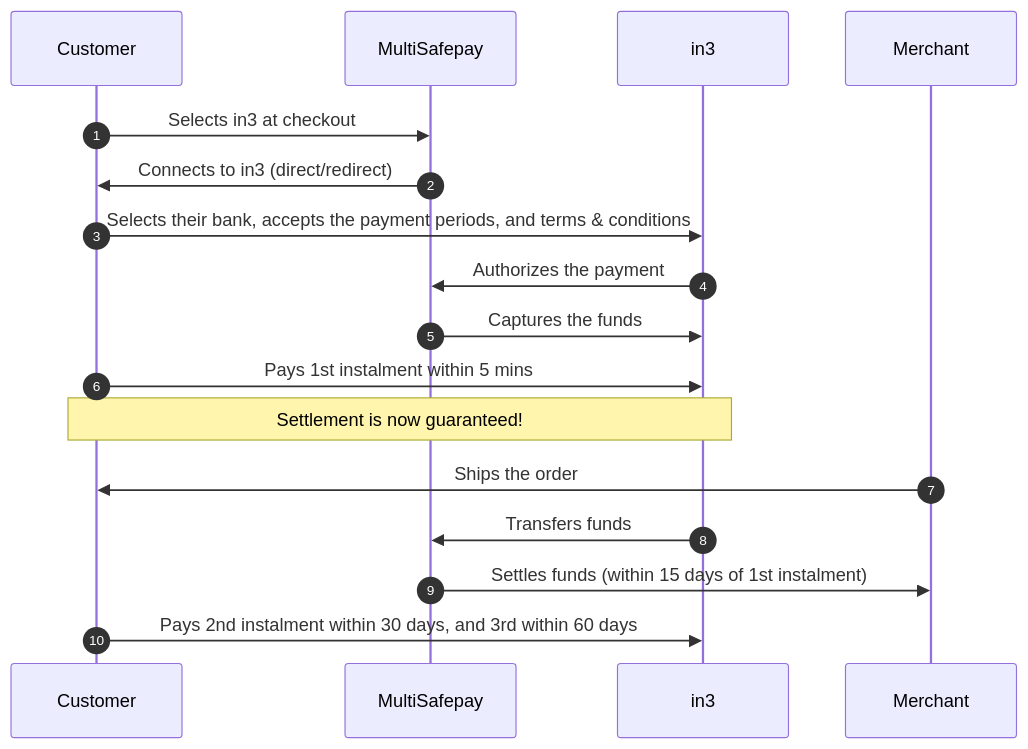
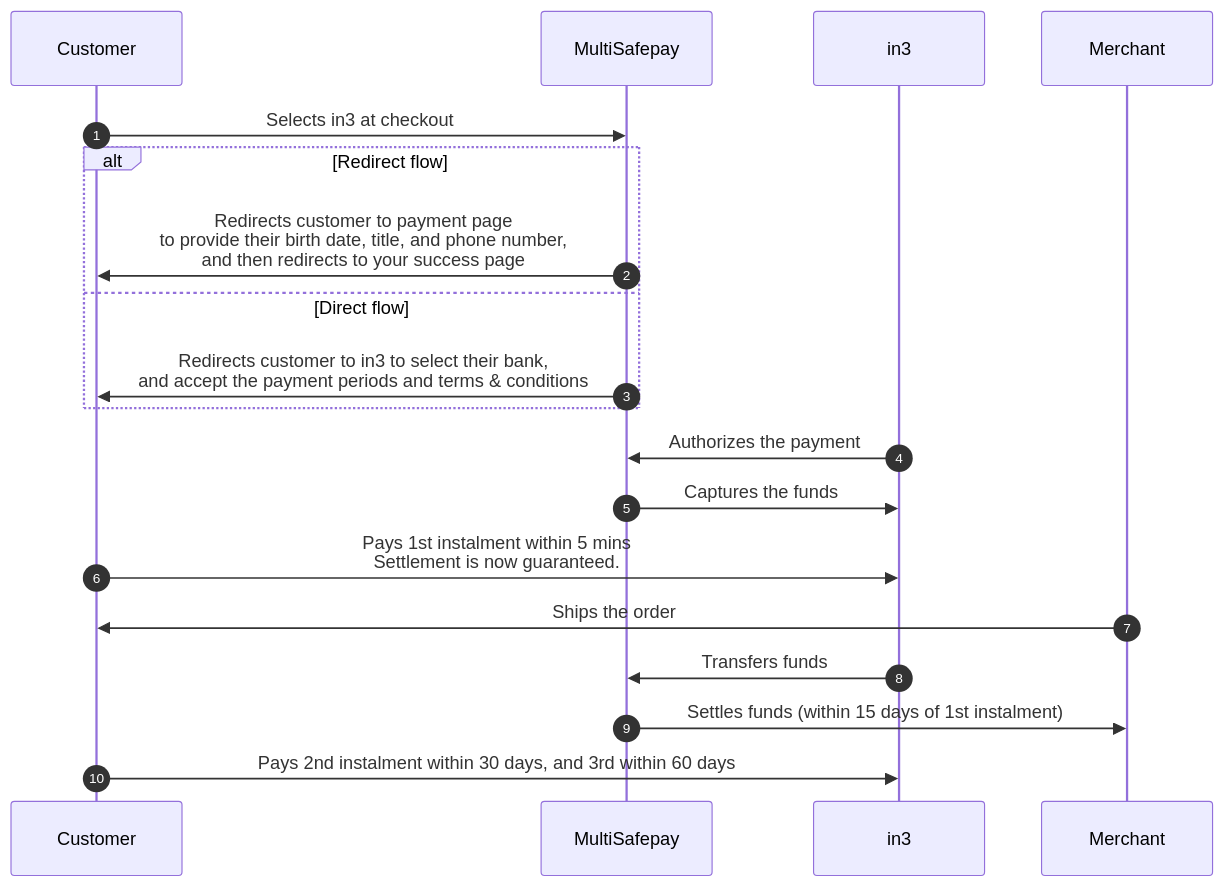
One commit to MultiSafepay/docs changed the diagram in content/payments/methods/pay-later/in3/payment-flow.md. Above: the diagram before and after it, drawn with Mermaid. The commit also changed other lines of this file and 34 other files, not shown here.

```diff
--- a/content/payments/methods/pay-later/in3/payment-flow.md
+++ b/content/payments/methods/pay-later/in3/payment-flow.md
@@ -17,22 +17,24 @@
 {{< mermaid class="text-center" >}}
 
 sequenceDiagram
     autonumber
     participant C as Customer
     participant Mu as MultiSafepay
     participant I as in3
     participant Me as Merchant
 
     C->>Mu: Selects in3 at checkout
-    Mu->>C: Connects to in3 (direct/redirect)
-    C->>I: Selects their bank, accepts the payment periods, and terms & conditions
+    alt Redirect flow
+    Mu->>C: Redirects customer to payment page <br> to provide their birth date, title, and phone number, <br> and then redirects to your success page
+    else Direct flow
+    Mu->>C: Redirects customer to in3 to select their bank, <br> and accept the payment periods and terms & conditions
+    end
     I->>Mu: Authorizes the payment
     Mu->>I: Captures the funds
-    C->>I: Pays 1st instalment within 5 mins
-    Note over C,I: Settlement is now guaranteed!
+    C->>I: Pays 1st instalment within 5 mins <br> Settlement is now guaranteed.
     Me->>C: Ships the order 
     I->>Mu: Transfers funds 
     Mu->>Me: Settles funds (within 15 days of 1st instalment)
     C->>I: Pays 2nd instalment within 30 days, and 3rd within 60 days 
 
 {{< /mermaid >}}
```
